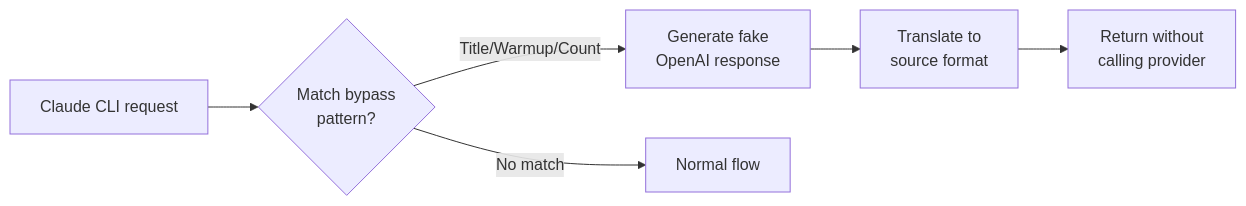
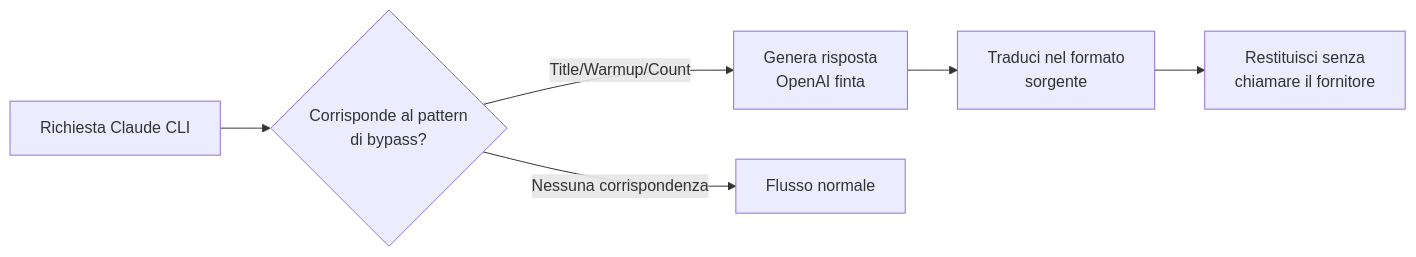
One commit to Aseel1600/Claude changed diagram 12 of 12 in docs/i18n/it/docs/architecture/CODEBASE_DOCUMENTATION.md. Above: the diagram before and after it, drawn with Mermaid. The commit also changed other lines of this file and 2 other files, not shown here.

Commit message:
docs(i18n): add Italian translation of ARCHITECTURE and CODEBASE_DOCUMENTATION

````diff
--- a/docs/i18n/it/docs/architecture/CODEBASE_DOCUMENTATION.md
+++ b/docs/i18n/it/docs/architecture/CODEBASE_DOCUMENTATION.md
@@ -580,8 +580,8 @@
 ```mermaid
 flowchart LR
-    A["Claude CLI request"] --> B{"Match bypass\npattern?"}
-    B -->|"Title/Warmup/Count"| C["Generate fake\nOpenAI response"]
-    B -->|"No match"| D["Normal flow"]
-    C --> E["Translate to\nsource format"]
-    E --> F["Return without\ncalling provider"]
+    A["Richiesta Claude CLI"] --> B{"Corrisponde al pattern\ndi bypass?"}
+    B -->|"Title/Warmup/Count"| C["Genera risposta\nOpenAI finta"]
+    B -->|"Nessuna corrispondenza"| D["Flusso normale"]
+    C --> E["Traduci nel formato\nsorgente"]
+    E --> F["Restituisci senza\nchiamare il fornitore"]
 ```
````
